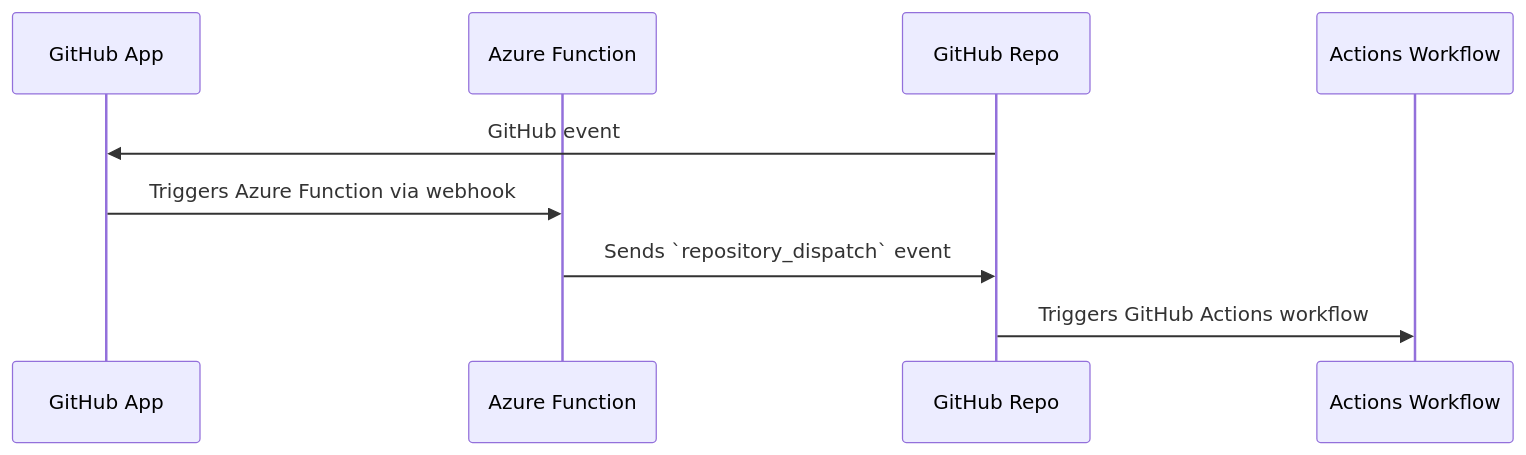
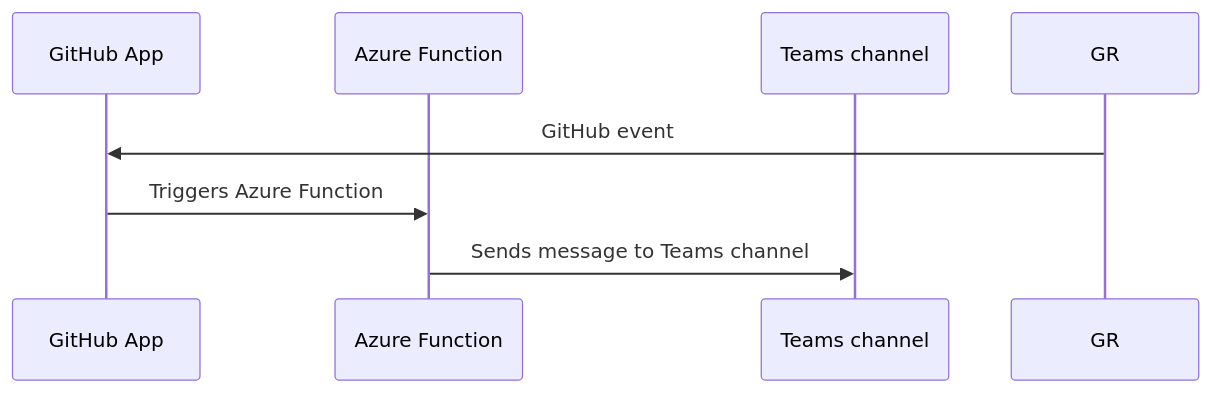
Before and after one commit to advanced-security/teams-secret-scanning-notifier-azure-function: the diagram in README.md, drawn with Mermaid. The commit also changed other lines of this file, not shown here.

Commit message:
Changed README for Teams notifier

````diff
--- a/README.md
+++ b/README.md
@@ -19,11 +21,9 @@
 ```mermaid
 sequenceDiagram
     participant GA as GitHub App
     participant AF as Azure Function
-    participant GR as GitHub Repo
-    participant AW as Actions Workflow
+    participant TC as Teams channel
     GR->>GA: GitHub event
-    GA->>AF: Triggers Azure Function via webhook
-    AF->>GR: Sends `repository_dispatch` event
-    GR->>AW: Triggers GitHub Actions workflow
+    GA->>AF: Triggers Azure Function
+    AF->>TC: Sends message to Teams channel
 ```
````
